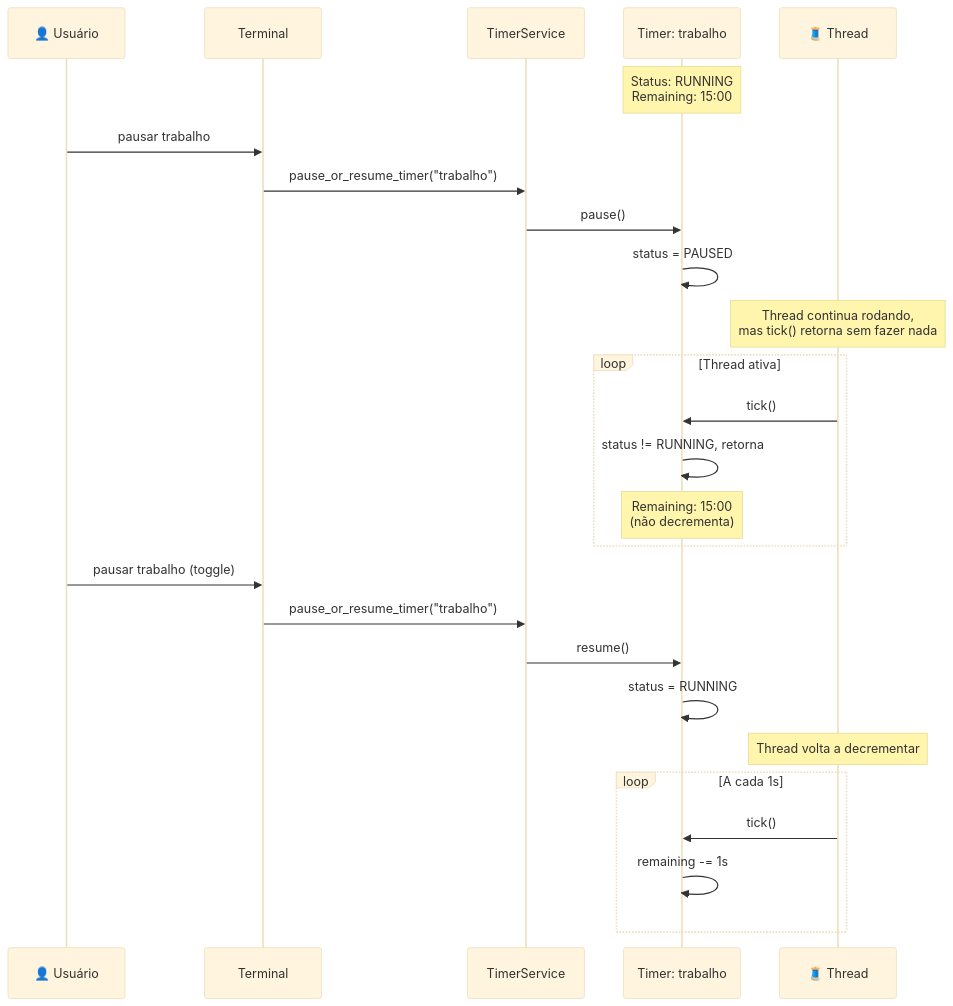
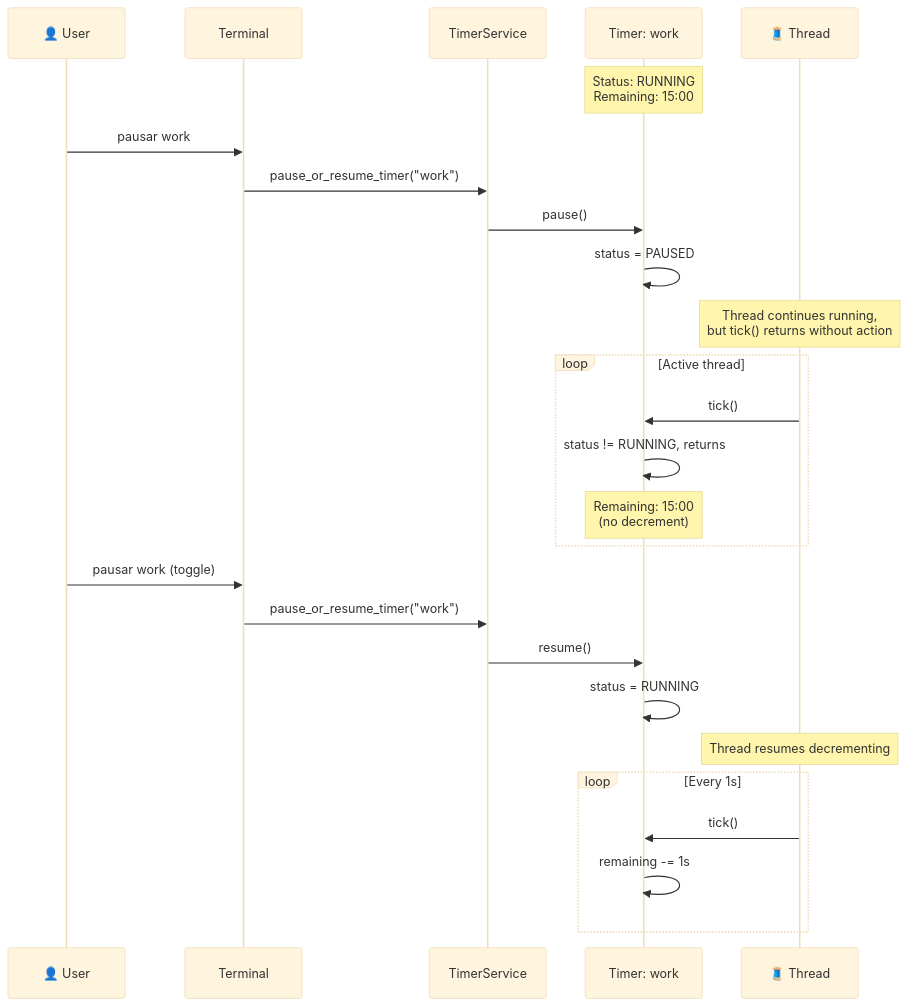
One commit to frbelotto/FreeTimerAlert changed the fourth of 4 diagrams in README.md. Above: the diagram before and after it, drawn with Mermaid (base theme). The commit also changed other lines of this file and 10 other files, not shown here.

````diff
--- a/README.md
+++ b/README.md
@@ -255,35 +309,35 @@
 ```mermaid
 sequenceDiagram
-    participant U as 👤 Usuário
+    participant U as 👤 User
     participant UI as Terminal
     participant S as TimerService
-    participant T as Timer: trabalho
+    participant T as Timer: work
     participant TH as 🧵 Thread
 
     Note over T: Status: RUNNING<br/>Remaining: 15:00
 
-    U->>UI: pausar trabalho
-    UI->>S: pause_or_resume_timer("trabalho")
+    U->>UI: pausar work
+    UI->>S: pause_or_resume_timer("work")
     S->>T: pause()
     T->>T: status = PAUSED
     
-    Note over TH: Thread continua rodando,<br/>mas tick() retorna sem fazer nada
+    Note over TH: Thread continues running,<br/>but tick() returns without action
     
-    loop Thread ativa
+    loop Active thread
         TH->>T: tick()
-        T->>T: status != RUNNING, retorna
-        Note over T: Remaining: 15:00<br/>(não decrementa)
+        T->>T: status != RUNNING, returns
+        Note over T: Remaining: 15:00<br/>(no decrement)
     end
     
-    U->>UI: pausar trabalho (toggle)
-    UI->>S: pause_or_resume_timer("trabalho")
+    U->>UI: pausar work (toggle)
+    UI->>S: pause_or_resume_timer("work")
     S->>T: resume()
     T->>T: status = RUNNING
     
-    Note over TH: Thread volta a decrementar
+    Note over TH: Thread resumes decrementing
     
-    loop A cada 1s
+    loop Every 1s
         TH->>T: tick()
         T->>T: remaining -= 1s
     end
 ```
````
